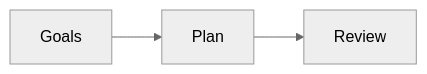
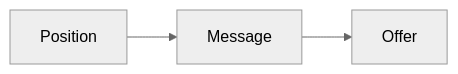
The first of 4 diagrams in docs/method/refine-offer.md (redrhino-online/red-canon), drawn with Mermaid (neutral theme) before and after one commit. The commit also changed other lines of this file and 10 other files, not shown here.

````diff
--- a/docs/method/refine-offer.md
+++ b/docs/method/refine-offer.md
@@ -24,4 +7,4 @@
 ```mermaid
 flowchart LR
-    A[Goals] --> B[Plan] --> C[Review]
+    A[Position] --> B[Message] --> C[Offer]
 ```
````
